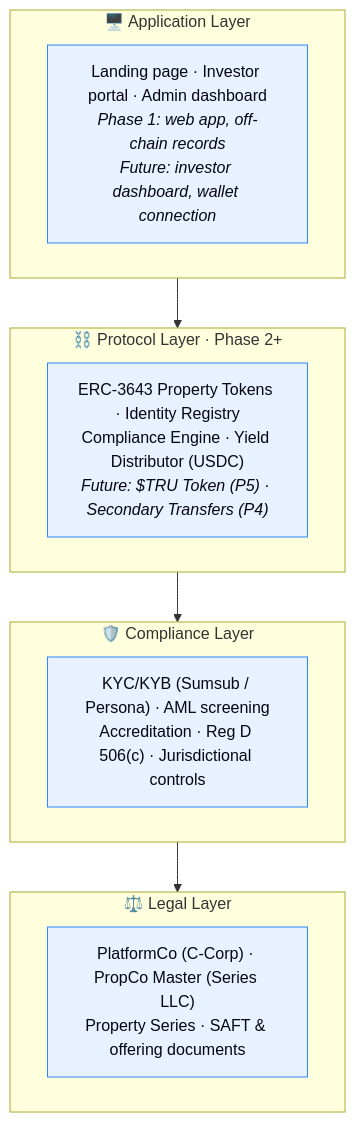
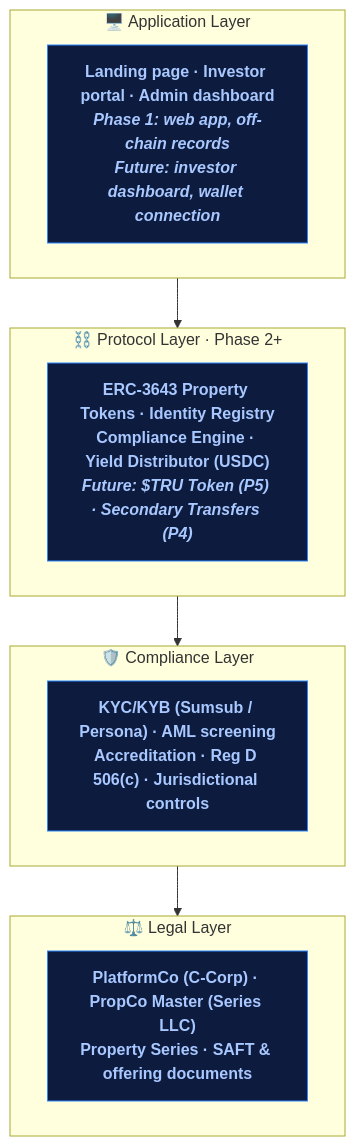
Before and after one commit to Gur-noor/Property-United: the diagram in docs/platform/architecture.md, drawn with Mermaid. The commit also changed 17 other files, not shown here.

````diff
--- a/docs/platform/architecture.md
+++ b/docs/platform/architecture.md
@@ -11,19 +11,19 @@
 ```mermaid
 flowchart TB
     subgraph APP["🖥️ Application Layer"]
         A1["Landing page · Investor portal · Admin dashboard<br/><i>Phase 1: web app, off-chain records</i><br/><i>Future: investor dashboard, wallet connection</i>"]
     end
     subgraph PROTO["⛓️ Protocol Layer · Phase 2+"]
         A2["ERC-3643 Property Tokens · Identity Registry<br/>Compliance Engine · Yield Distributor (USDC)<br/><i>Future: $TRU Token (P5) · Secondary Transfers (P4)</i>"]
     end
     subgraph COMP["🛡️ Compliance Layer"]
         A3["KYC/KYB (Sumsub / Persona) · AML screening<br/>Accreditation · Reg D 506(c) · Jurisdictional controls"]
     end
     subgraph LEGAL["⚖️ Legal Layer"]
         A4["PlatformCo (C-Corp) · PropCo Master (Series LLC)<br/>Property Series · SAFT & offering documents"]
     end
     APP --> PROTO --> COMP --> LEGAL
 
-    classDef layer fill:#e8f1ff,stroke:#2E86FF,color:#05070e;
+    classDef layer fill:#0d1b3e,stroke:#2E86FF,color:#a8c8ff,font-weight:600;
     class A1,A2,A3,A4 layer;
 ```
````
